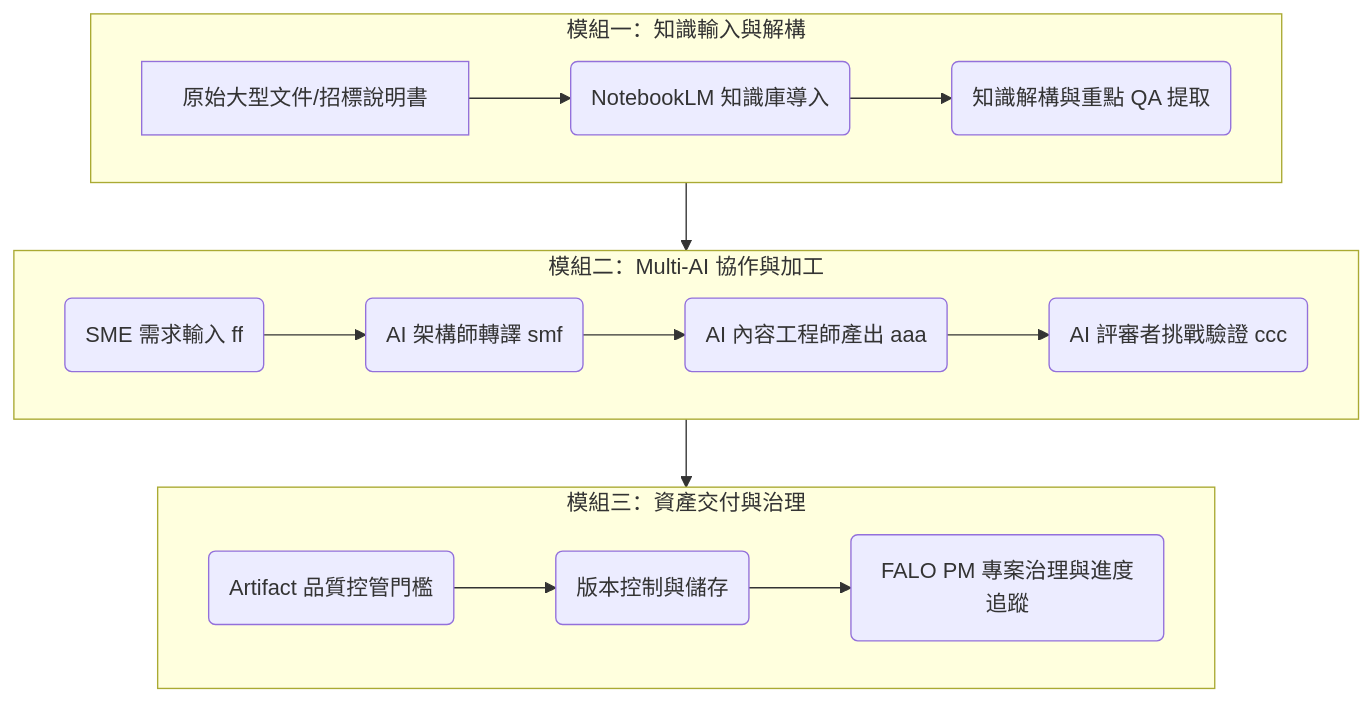
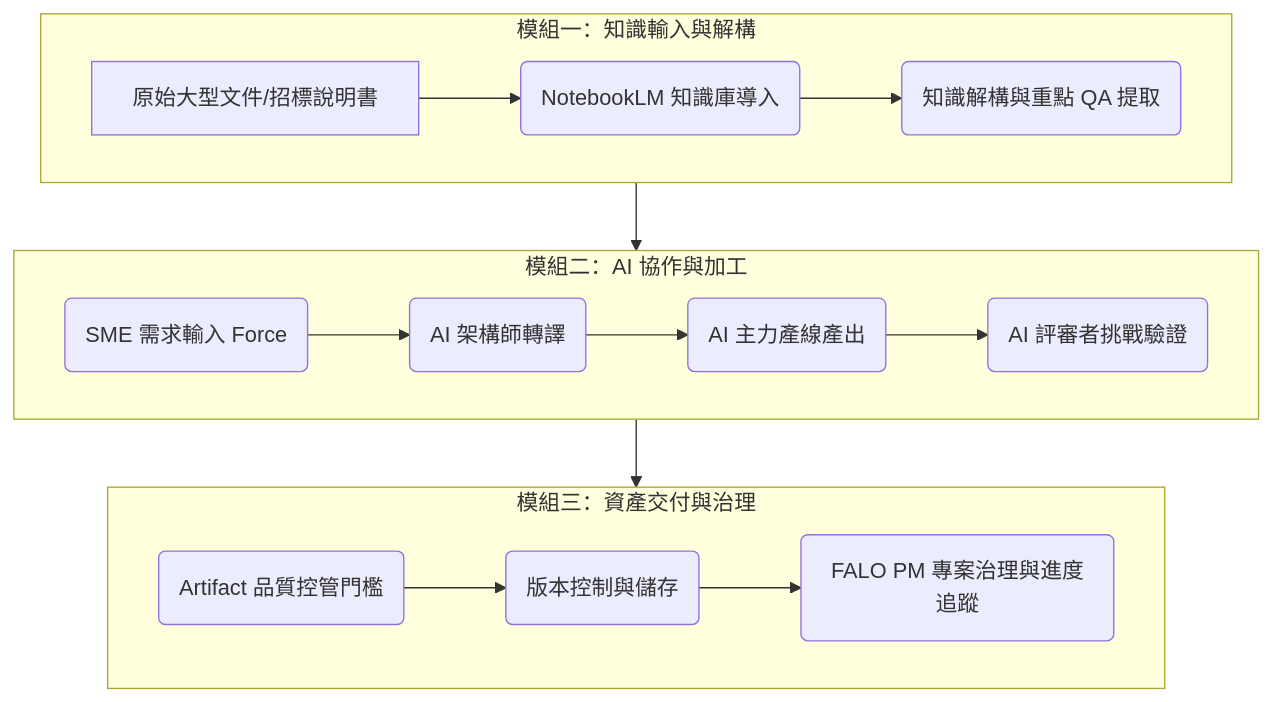
Before and after one commit to falo-chinese/skyline-class: the diagram in class2/docs/01_course_map.md, drawn with Mermaid. The commit also changed other lines of this file and 11 other files, not shown here.

````diff
--- a/class2/docs/01_course_map.md
+++ b/class2/docs/01_course_map.md
@@ -24,21 +24,21 @@
 ```mermaid
 graph TD
     subgraph M1[模組一：知識輸入與解構]
         A1[原始大型文件/招標說明書] --> A2(NotebookLM 知識庫導入)
         A2 --> A3(知識解構與重點 QA 提取)
     end
 
-    subgraph M2[模組二：Multi-AI 協作與加工]
-        B1(SME 需求輸入 ff) --> B2(AI 架構師轉譯 smf)
-        B2 --> B3(AI 內容工程師產出 aaa)
-        B3 --> B4(AI 評審者挑戰驗證 ccc)
+    subgraph M2[模組二：AI 協作與加工]
+        B1(SME 需求輸入 Force) --> B2(AI 架構師轉譯)
+        B2 --> B3(AI 主力產線產出)
+        B3 --> B4(AI 評審者挑戰驗證)
     end
 
     subgraph M3[模組三：資產交付與治理]
         C1(Artifact 品質控管門檻) --> C2(版本控制與儲存)
         C2 --> C3(FALO PM 專案治理與進度追蹤)
     end
 
     M1 --> M2
     M2 --> M3
 ```
````
